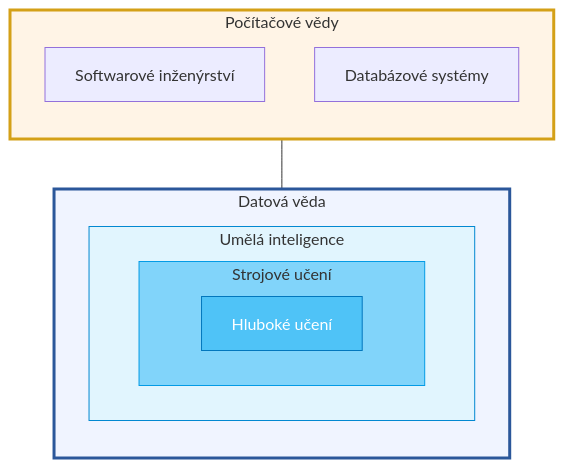
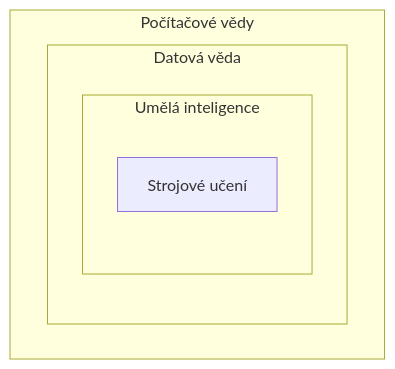
One commit to j-ochmann/j-ochmann.github.io changed the first of 2 diagrams in src/content/docs/ai/index.md. Above: the diagram before and after it, drawn with Mermaid.

Commit message:
Update AI diagram structure in index.md

````diff
--- a/src/content/docs/ai/index.md
+++ b/src/content/docs/ai/index.md
@@ -13,28 +13,11 @@
 ```mermaid
-graph BT
-    %% Definice hlavních oblastí
-    subgraph DS [Datová věda]
-        direction TB
-        subgraph AI_Core [Umělá inteligence]
-            subgraph ML [Strojové učení]
-                DL[Hluboké učení]
+graph TD
+    subgraph CS [Počítačové vědy]
+        subgraph DS [Datová věda]
+            subgraph AI [Umělá inteligence]
+                ML[Strojové učení]
             end
         end
     end
 
-    subgraph CS [Počítačové vědy]
-        direction TB
-        SoftEng[Softwarové inženýrství]
-        DB[Databázové systémy]
-    end
-
-    %% Propojení oblastí (znázornění průniku)
-    AI_Core --- CS
-
-    %% Stylizace
-    style DS fill:#f0f4ff,stroke:#2b579a,stroke-width:3px
-    style CS fill:#fff4e6,stroke:#d4a017,stroke-width:3px
-    style AI_Core fill:#e1f5fe,stroke:#0288d1
-    style ML fill:#81d4fa,stroke:#039be5
-    style DL fill:#4fc3f7,stroke:#0277bd,color:#fff
 ```
````
